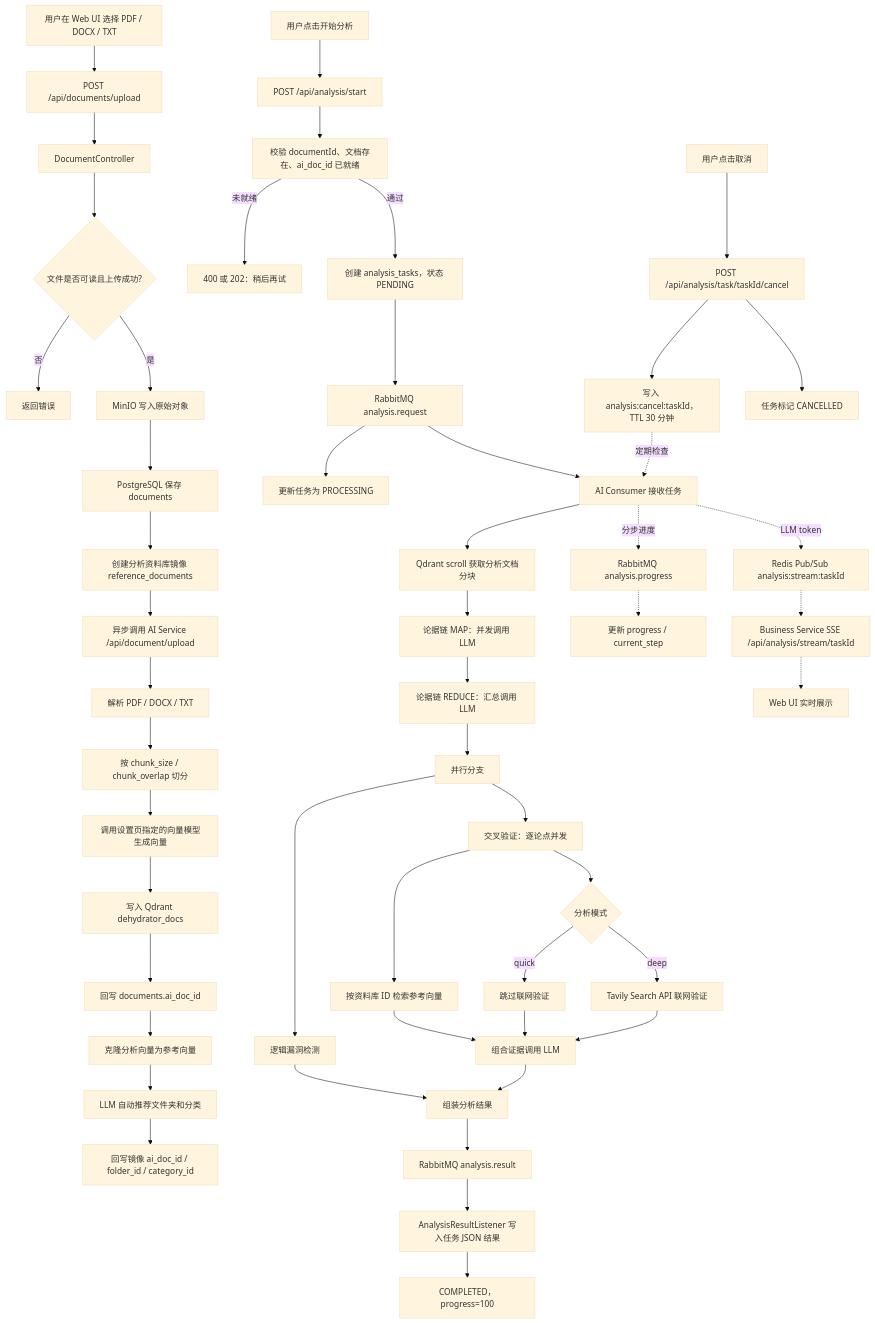
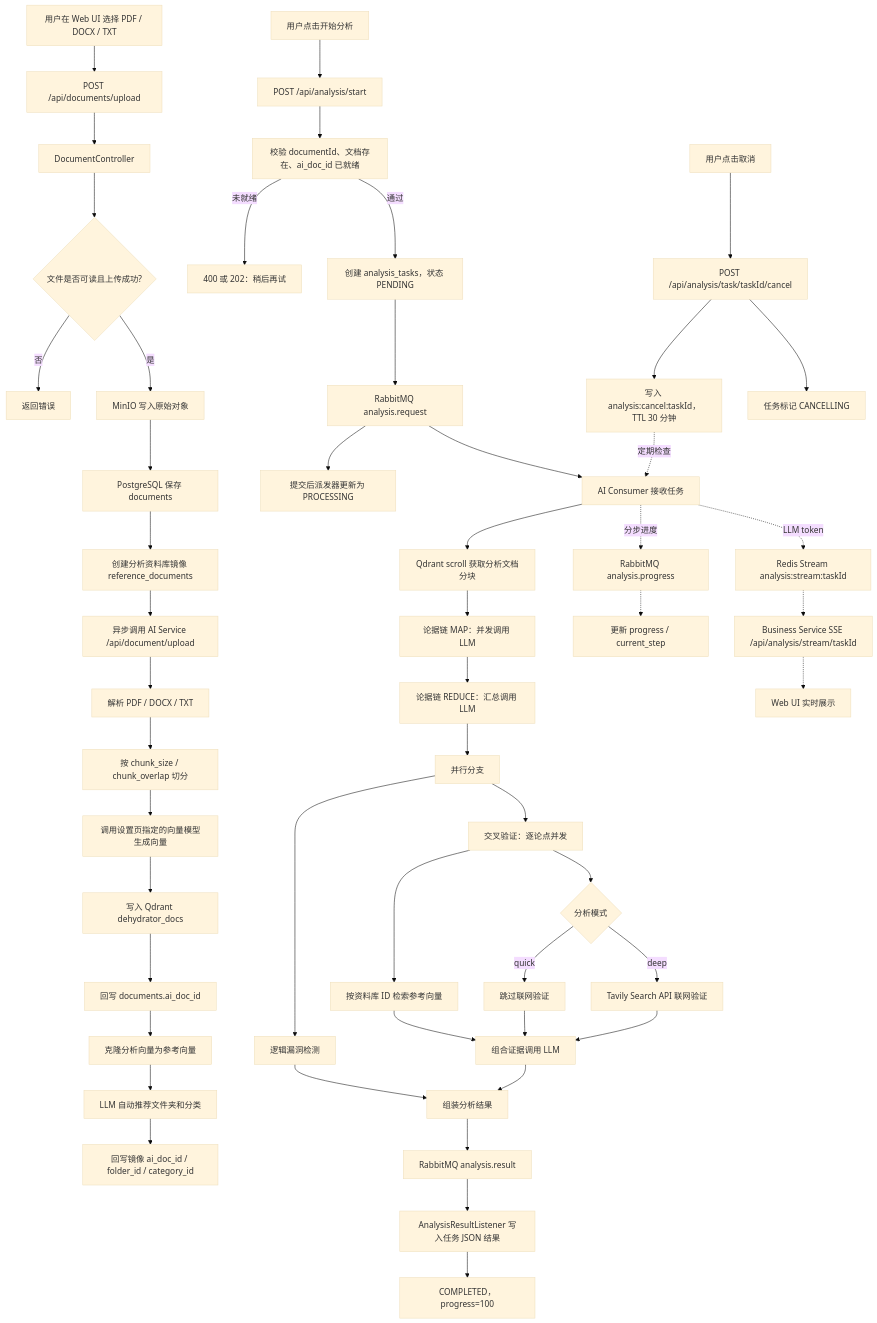
The second of 5 diagrams in docs/system-diagrams.md (Arohtea/The_Dehydrator), drawn with Mermaid (base theme) before and after one commit. The commit also changed other lines of this file and 36 other files, not shown here.

````diff
--- a/docs/system-diagrams.md
+++ b/docs/system-diagrams.md
@@ -126,56 +126,56 @@
 ```mermaid
 flowchart TD
     U[用户在 Web UI 选择 PDF / DOCX / TXT] --> W1[POST /api/documents/upload]
     W1 --> B1[DocumentController]
     B1 --> B2{文件是否可读且上传成功?}
     B2 -- 否 --> E1[返回错误]
     B2 -- 是 --> M1[MinIO 写入原始对象]
     M1 --> P1[PostgreSQL 保存 documents]
     P1 --> A0[创建分析资料库镜像 reference_documents]
     A0 --> R1[异步调用 AI Service /api/document/upload]
     R1 --> A1[解析 PDF / DOCX / TXT]
     A1 --> A2[按 chunk_size / chunk_overlap 切分]
     A2 --> A3[调用设置页指定的向量模型生成向量]
     A3 --> Q1[写入 Qdrant dehydrator_docs]
     Q1 --> P2[回写 documents.ai_doc_id]
     P2 --> AR1[克隆分析向量为参考向量]
     AR1 --> AR2[LLM 自动推荐文件夹和分类]
     AR2 --> P3[回写镜像 ai_doc_id / folder_id / category_id]
 
     U2[用户点击开始分析] --> W2[POST /api/analysis/start]
     W2 --> B3[校验 documentId、文档存在、ai_doc_id 已就绪]
     B3 -- 未就绪 --> E2[400 或 202：稍后再试]
     B3 -- 通过 --> P4[创建 analysis_tasks，状态 PENDING]
     P4 --> MQ1[RabbitMQ analysis.request]
-    MQ1 --> P5[更新任务为 PROCESSING]
+    MQ1 --> P5[提交后派发器更新为 PROCESSING]
     MQ1 --> C1[AI Consumer 接收任务]
     C1 --> Q2[Qdrant scroll 获取分析文档分块]
     Q2 --> AC1[论据链 MAP：并发调用 LLM]
     AC1 --> AC2[论据链 REDUCE：汇总调用 LLM]
     AC2 --> PAR[并行分支]
     PAR --> LF[逻辑漏洞检测]
     PAR --> CV[交叉验证：逐论点并发]
     CV --> REF[按资料库 ID 检索参考向量]
     CV --> MODE{分析模式}
     MODE -- quick --> NO_WEB[跳过联网验证]
     MODE -- deep --> WEB[Tavily Search API 联网验证]
     REF --> CV2[组合证据调用 LLM]
     NO_WEB --> CV2
     WEB --> CV2
     LF --> RES[组装分析结果]
     CV2 --> RES
     RES --> MQ2[RabbitMQ analysis.result]
     MQ2 --> P6[AnalysisResultListener 写入任务 JSON 结果]
     P6 --> DONE[COMPLETED，progress=100]
 
     C1 -. 分步进度 .-> MQ3[RabbitMQ analysis.progress]
     MQ3 -.-> P7[更新 progress / current_step]
-    C1 -. LLM token .-> REDIS1[Redis Pub/Sub analysis:stream:taskId]
+    C1 -. LLM token .-> REDIS1[Redis Stream analysis:stream:taskId]
     REDIS1 -.-> SSE[Business Service SSE /api/analysis/stream/taskId]
     SSE -.-> UI[Web UI 实时展示]
 
     U3[用户点击取消] --> W3[POST /api/analysis/task/taskId/cancel]
     W3 --> REDIS2[写入 analysis:cancel:taskId，TTL 30 分钟]
-    W3 --> CANCEL[任务标记 CANCELLED]
+    W3 --> CANCEL[任务标记 CANCELLING]
     REDIS2 -.定期检查.-> C1
 ```
````
